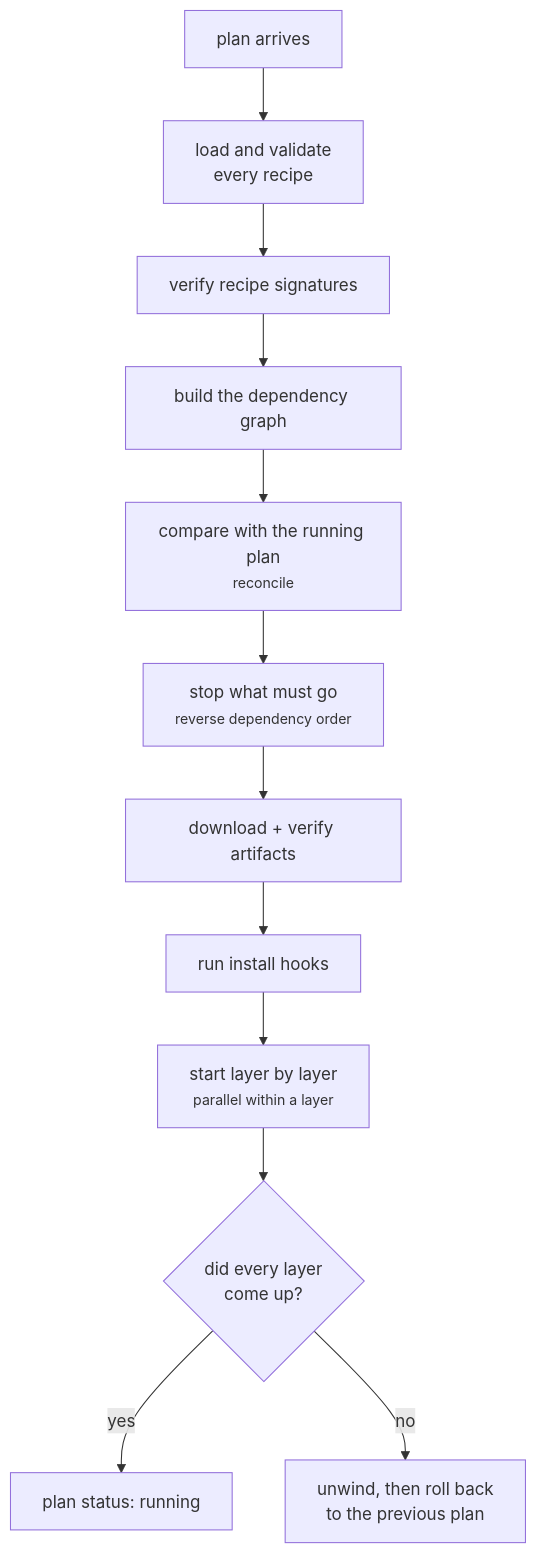
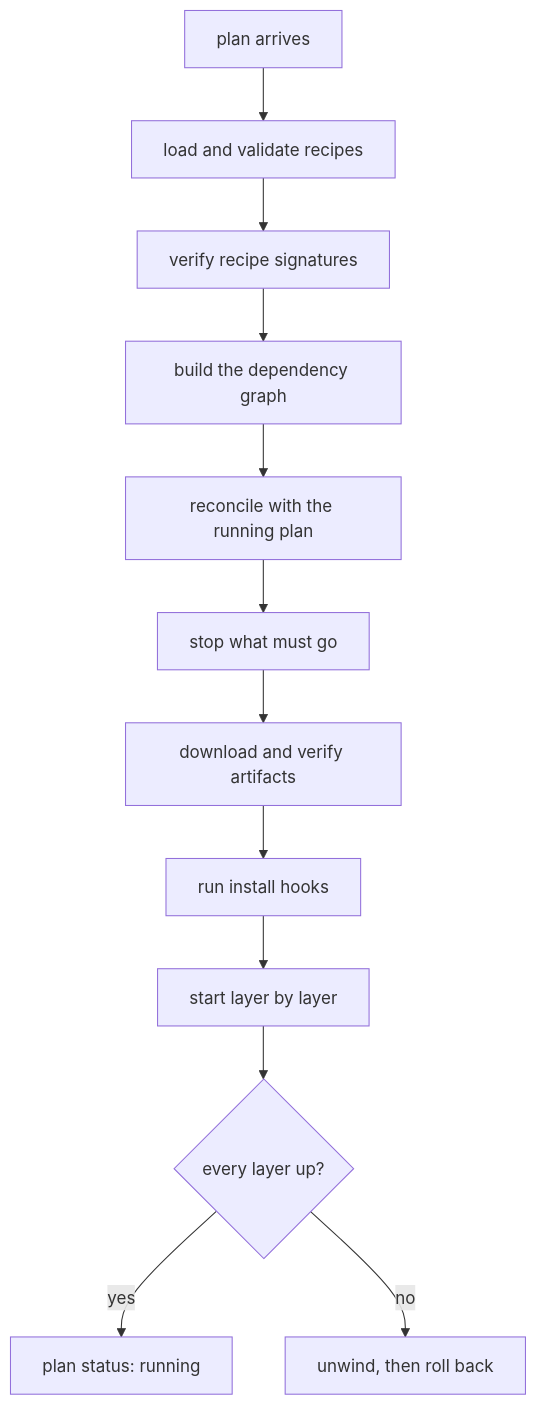
Before and after one commit to carlosprados/keystone: the first of 5 diagrams in site/content/concepts/plans.md, drawn with Mermaid. The commit also changed other lines of this file and 58 other files, not shown here.

First line of the commit message:
docs: generated OpenAPI reference, examples chapter, legible diagrams

````diff
--- a/site/content/concepts/plans.md
+++ b/site/content/concepts/plans.md
@@ -52,14 +50,14 @@
 ```mermaid
-flowchart TD
-    A["plan arrives"] --> B["load and validate<br/>every recipe"]
+flowchart TB
+    A["plan arrives"] --> B["load and validate recipes"]
     B --> C["verify recipe signatures"]
     C --> D["build the dependency graph"]
-    D --> E["compare with the running plan<br/><small>reconcile</small>"]
-    E --> F["stop what must go<br/><small>reverse dependency order</small>"]
-    F --> G["download + verify artifacts"]
+    D --> E["reconcile with the running plan"]
+    E --> F["stop what must go"]
+    F --> G["download and verify artifacts"]
     G --> H["run install hooks"]
-    H --> I["start layer by layer<br/><small>parallel within a layer</small>"]
-    I --> J{"did every layer<br/>come up?"}
-    J -- yes --> K["plan status: running"]
-    J -- no --> L["unwind, then roll back<br/>to the previous plan"]
+    H --> I["start layer by layer"]
+    I --> J{"every layer up?"}
+    J -- "yes" --> K["plan status: running"]
+    J -- "no" --> L["unwind, then roll back"]
 ```
````
